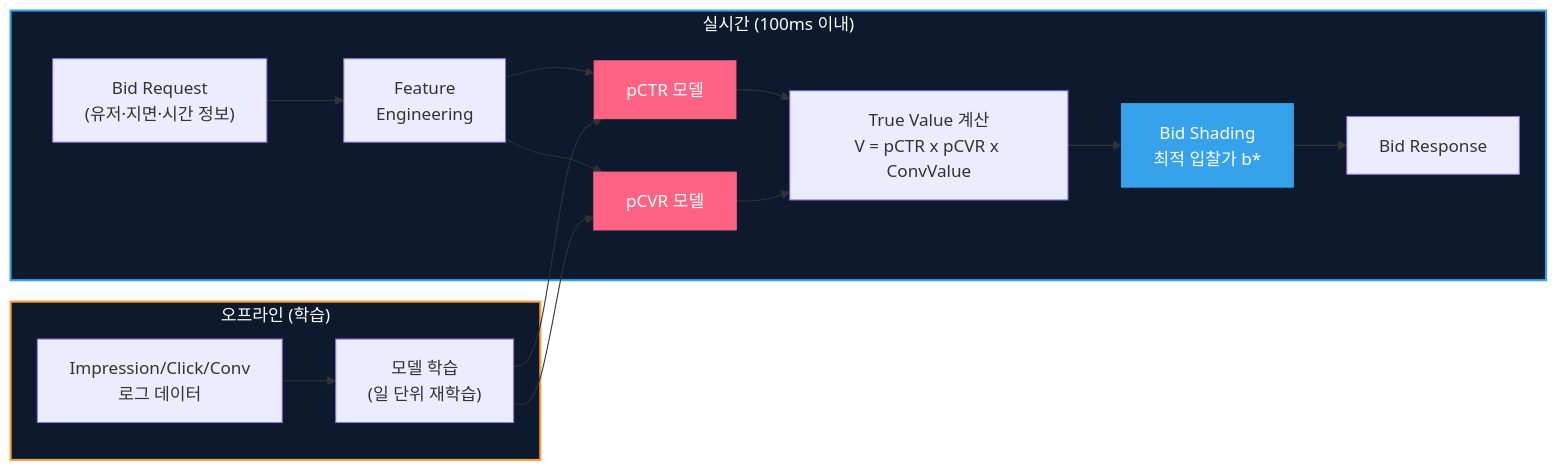
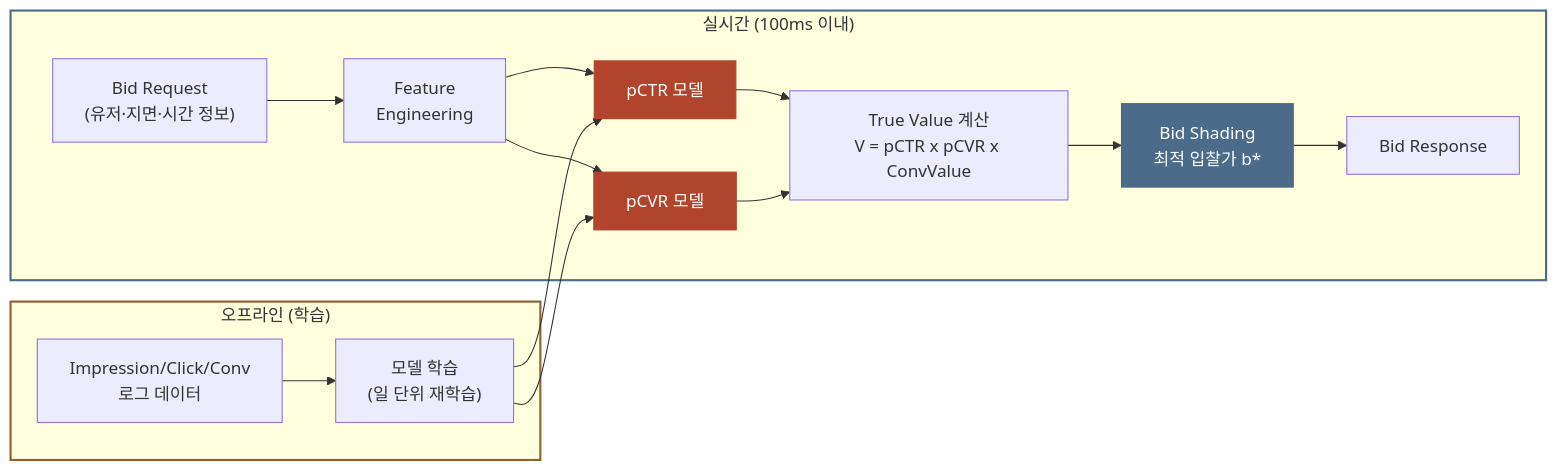
The sixth of 8 diagrams in posts/ad-network-vs-exchange.md (chkimsu/adtech-blog), drawn with Mermaid before and after one commit. The commit also changed other lines of this file and 40 other files, not shown here.

````diff
--- a/posts/ad-network-vs-exchange.md
+++ b/posts/ad-network-vs-exchange.md
@@ -270,24 +270,24 @@
 ```mermaid
 graph LR
     subgraph RTB["실시간 (100ms 이내)"]
         BR["Bid Request<br/>(유저·지면·시간 정보)"] --> FE["Feature<br/>Engineering"]
         FE --> PCTR["pCTR 모델"]
         FE --> PCVR["pCVR 모델"]
         PCTR --> TV["True Value 계산<br/>V = pCTR x pCVR x ConvValue"]
         PCVR --> TV
         TV --> BS["Bid Shading<br/>최적 입찰가 b*"]
         BS --> RESP["Bid Response"]
     end
 
     subgraph Offline_Train["오프라인 (학습)"]
         LOG["Impression/Click/Conv<br/>로그 데이터"] --> TRAIN["모델 학습<br/>(일 단위 재학습)"]
         TRAIN --> PCTR
         TRAIN --> PCVR
     end
 
-    style RTB fill:#0d1a2d,stroke:#36a2eb,stroke-width:2px,color:#fff
-    style Offline_Train fill:#0d1a2d,stroke:#ff9f40,stroke-width:2px,color:#fff
-    style PCTR fill:#ff6384,stroke:#ff6384,color:#fff
-    style PCVR fill:#ff6384,stroke:#ff6384,color:#fff
-    style BS fill:#36a2eb,stroke:#36a2eb,color:#fff
+    style RTB stroke:#4a6b8a,stroke-width:2px
+    style Offline_Train stroke:#8f6231,stroke-width:2px
+    style PCTR fill:#b0442c,stroke:#b0442c,color:#fff
+    style PCVR fill:#b0442c,stroke:#b0442c,color:#fff
+    style BS fill:#4a6b8a,stroke:#4a6b8a,color:#fff
 ```
````
